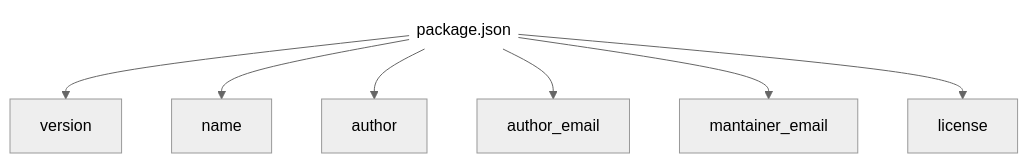
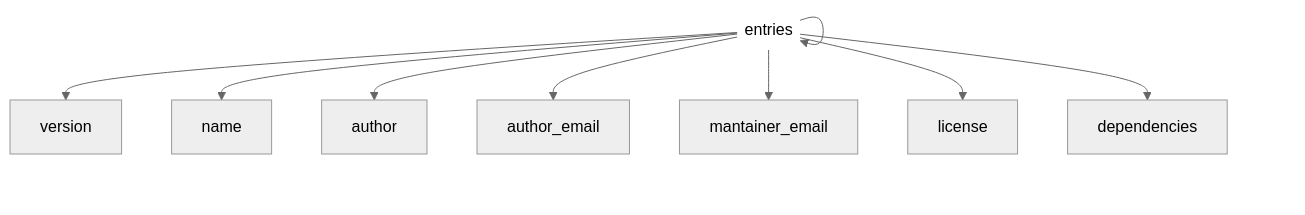
Before and after one commit to Guille-ux/ConduitPkg: the second of 2 diagrams in docs/README.md, drawn with Mermaid (neutral theme).

````diff
--- a/docs/README.md
+++ b/docs/README.md
@@ -17,9 +17,9 @@
 ```mermaid
 ---
 config:
   layout: dagre
 ---
 flowchart TD
-    n1["package.json"] --> n4["version"] & n5["name"] & n6["author"] & n7["author_email"] & n8["mantainer_email"] & n9["license"]
+    n1["package.json"] --> n4["version"] & n5["name"] & n6["author"] & n7["author_email"] & n8["mantainer_email"] & n9["license"] & n1["entries"] & n2["dependencies"]
     n1@{ shape: text}
 ```
````
